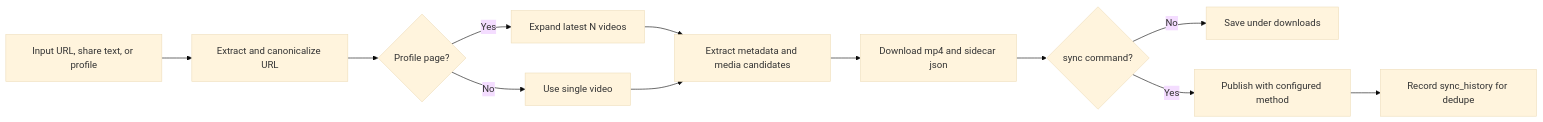
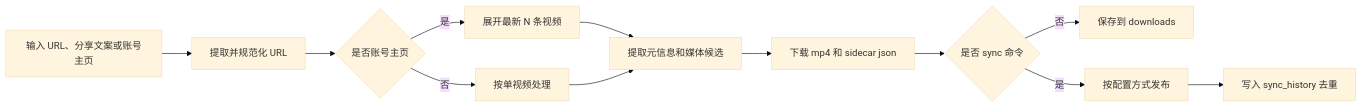
Before and after one commit to yt2cheng/videocp: the diagram in README.md, drawn with Mermaid (base theme). The commit also changed other lines of this file, not shown here.

````diff
--- a/README.md
+++ b/README.md
@@ -31,14 +31,14 @@
 ```mermaid
 flowchart LR
-    A["Input URL, share text, or profile"] --> B["Extract and canonicalize URL"]
-    B --> C{"Profile page?"}
-    C -- "Yes" --> D["Expand latest N videos"]
-    C -- "No" --> E["Use single video"]
-    D --> F["Extract metadata and media candidates"]
+    A["输入 URL、分享文案或账号主页"] --> B["提取并规范化 URL"]
+    B --> C{"是否账号主页"}
+    C -- "是" --> D["展开最新 N 条视频"]
+    C -- "否" --> E["按单视频处理"]
+    D --> F["提取元信息和媒体候选"]
     E --> F
-    F --> G["Download mp4 and sidecar json"]
-    G --> H{"sync command?"}
-    H -- "No" --> I["Save under downloads"]
-    H -- "Yes" --> J["Publish with configured method"]
-    J --> K["Record sync_history for dedupe"]
+    F --> G["下载 mp4 和 sidecar json"]
+    G --> H{"是否 sync 命令"}
+    H -- "否" --> I["保存到 downloads"]
+    H -- "是" --> J["按配置方式发布"]
+    J --> K["写入 sync_history 去重"]
 ```
````
